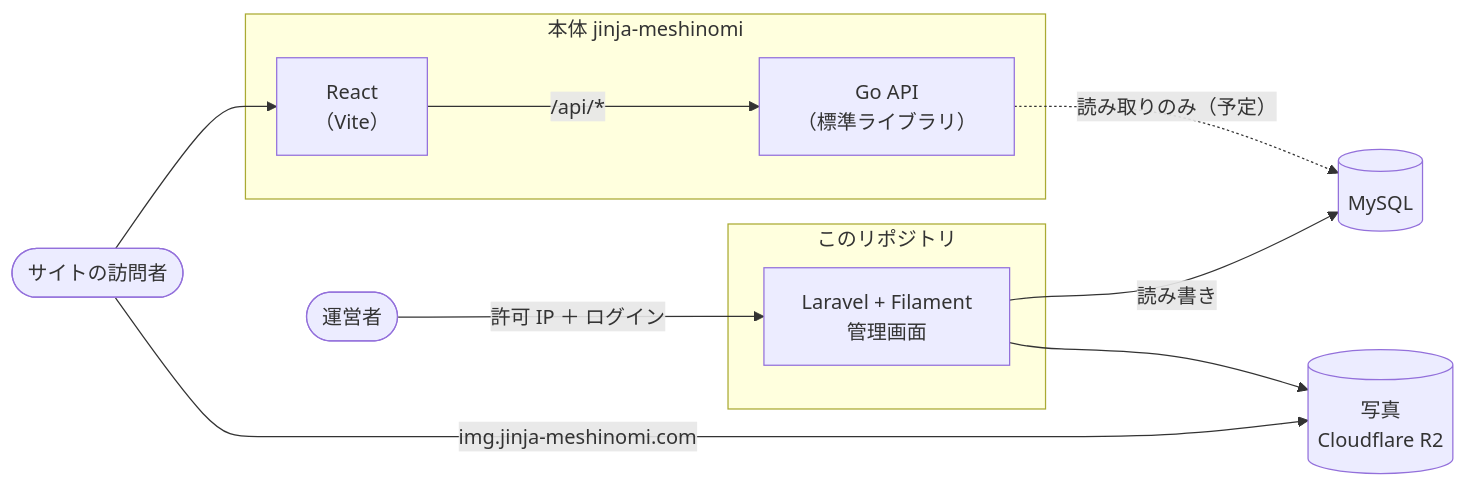
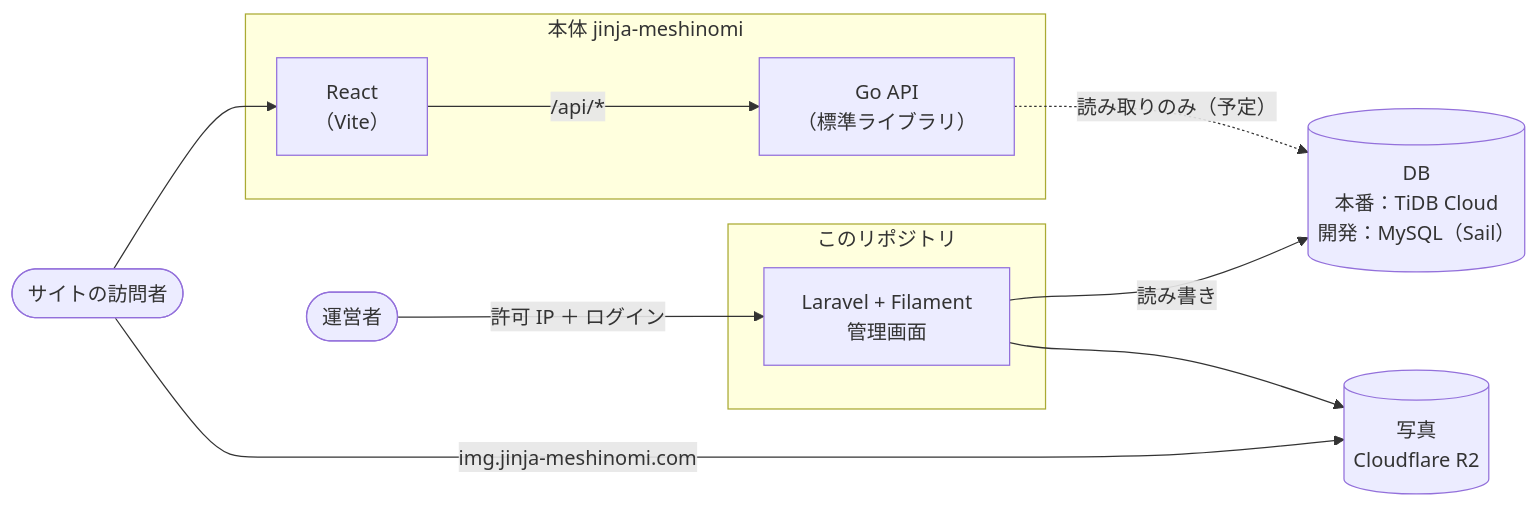
Before and after one commit to takaharu-dev/jinja-meshinomi-admin: the first of 2 diagrams in README.md, drawn with Mermaid. The commit also changed other lines of this file, not shown here.

````diff
--- a/README.md
+++ b/README.md
@@ -17,25 +17,25 @@
 ```mermaid
 flowchart LR
     visitor([サイトの訪問者])
     admin([運営者])
 
     subgraph main["本体 jinja-meshinomi"]
         react["React<br/>（Vite）"]
         go["Go API<br/>（標準ライブラリ）"]
     end
 
     subgraph this["このリポジトリ"]
         laravel["Laravel + Filament<br/>管理画面"]
     end
 
-    db[("MySQL")]
+    db[("DB<br/>本番：TiDB Cloud<br/>開発：MySQL（Sail）")]
     storage[("写真<br/>Cloudflare R2")]
 
     visitor --> react
     react -- "/api/*" --> go
     go -. "読み取りのみ（予定）" .-> db
     admin -- "許可 IP ＋ ログイン" --> laravel
     laravel -- "読み書き" --> db
     laravel --> storage
     visitor -- "img.jinja-meshinomi.com" --> storage
 ```
````
